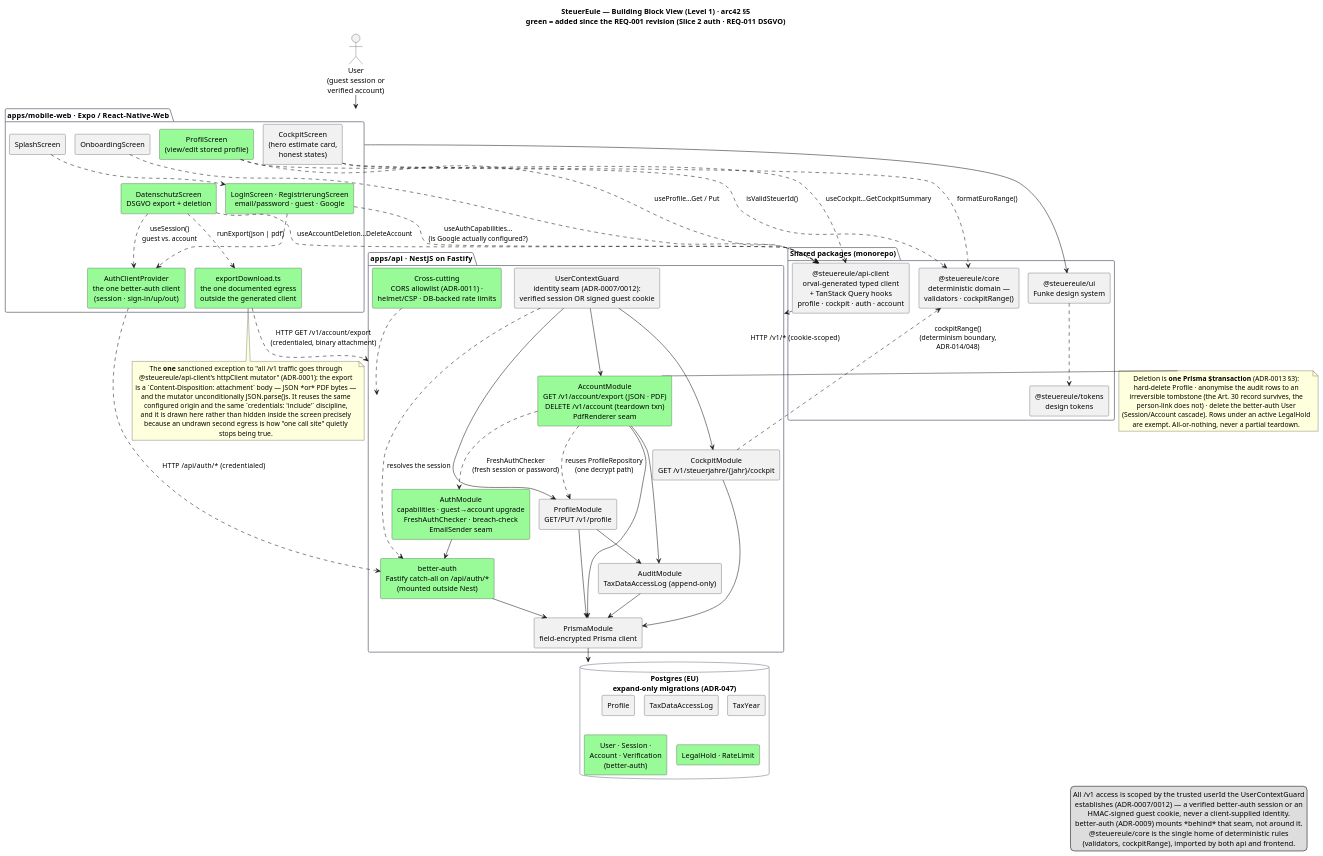
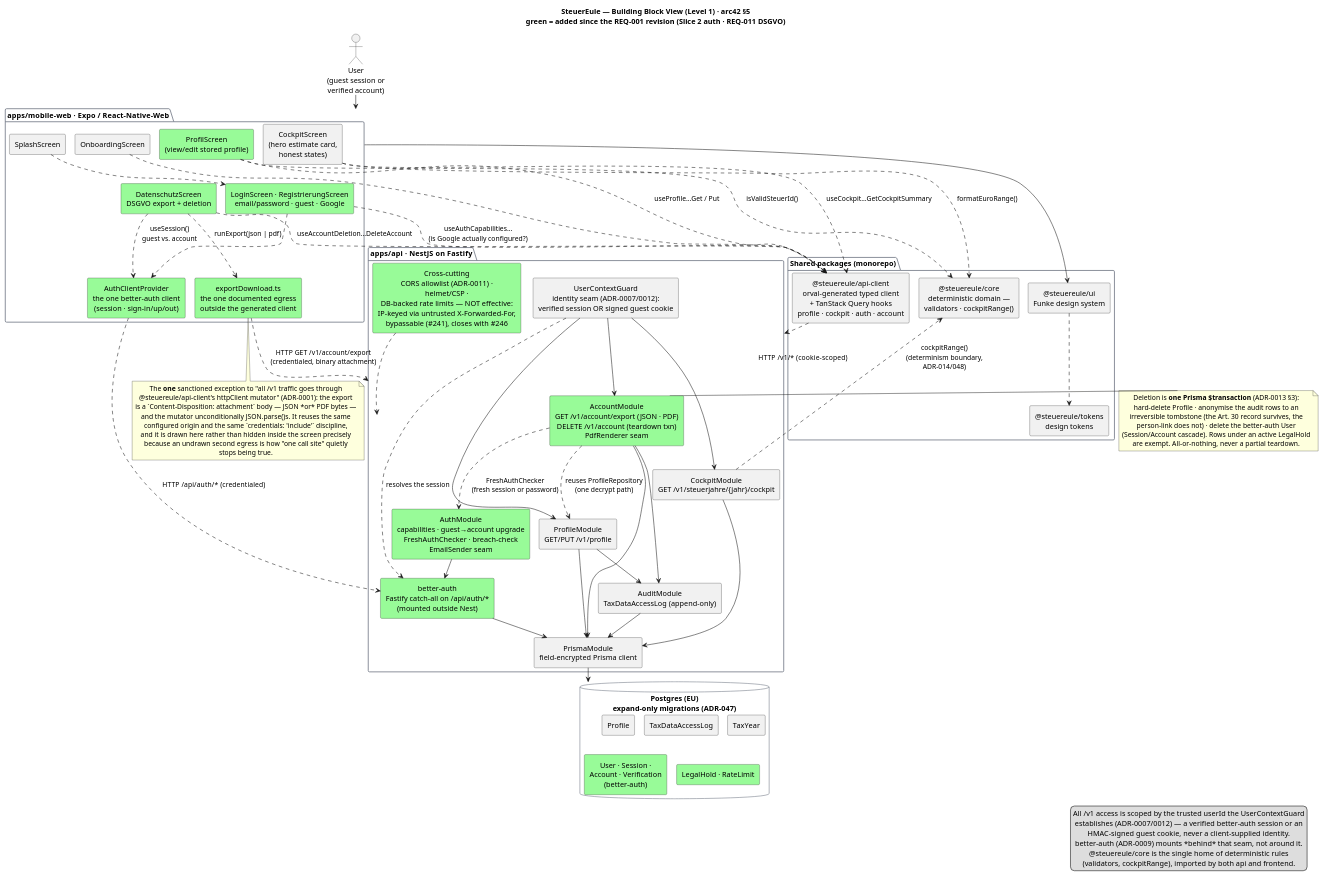
One commit to NexusHero/Steuereule changed the diagram in docs/arc42/building-block-view.puml. Above: the diagram before and after it, drawn with PlantUML. The commit also changed 3 other files, not shown here.

First line of the commit message:
docs(adr,arc42): qualify the rate-limiting claim — storage, not effectiveness (#241/#246)

```diff
--- a/docs/arc42/building-block-view.puml
+++ b/docs/arc42/building-block-view.puml
@@ -1,125 +1,125 @@
 @startuml building-block-view
 ' Rendered with PlantUML's built-in Smetana layout (pure Java) so the SVG export
 ' needs no external Graphviz/dot install — reproducible in CI and on any machine.
 !pragma layout smetana
 ' arc42 §5 — Building Block View (Level 1 whitebox) of the SteuerEule system.
 ' Source of record for the diagram; export to building-block-view.svg (see README).
 ' Highlighted (green) = building blocks added since this view's previous revision
 ' (REQ-001, the Cockpit vertical): Slice 2's auth stack (REQ-005/006/008/009/010,
 ' ADR-0009/0012) and REQ-011's DSGVO export/deletion (ADR-0013).
 ' Keep this in step with the code — a stale arc42 is treated as a failing test.
 skinparam componentStyle rectangle
 skinparam defaultTextAlignment center
 skinparam shadowing false
 skinparam rectangleBorderColor #6b7280
 skinparam packageBorderColor #6b7280
 
 title SteuerEule — Building Block View (Level 1) · arc42 §5\ngreen = added since the REQ-001 revision (Slice 2 auth · REQ-011 DSGVO)
 
 actor "User\n(guest session or\nverified account)" as user
 
 package "apps/mobile-web  ·  Expo / React-Native-Web" as fe {
   component "SplashScreen" as splash
   component "LoginScreen · RegistrierungScreen\nemail/password · guest · Google" as login #palegreen
   component "OnboardingScreen" as onb
   component "CockpitScreen\n(hero estimate card,\nhonest states)" as cockpitScreen
   component "ProfilScreen\n(view/edit stored profile)" as profilScreen #palegreen
   component "DatenschutzScreen\nDSGVO export + deletion" as datenschutzScreen #palegreen
   component "AuthClientProvider\nthe one better-auth client\n(session · sign-in/up/out)" as authClient #palegreen
   component "exportDownload.ts\nthe one documented egress\noutside the generated client" as exportDl #palegreen
 }
 
 package "Shared packages (monorepo)" as pkgs {
   component "@steuereule/core\ndeterministic domain —\nvalidators · cockpitRange()" as core
   component "@steuereule/api-client\norval-generated typed client\n+ TanStack Query hooks\nprofile · cockpit · auth · account" as apiclient
   component "@steuereule/ui\nFunke design system" as ui
   component "@steuereule/tokens\ndesign tokens" as tokens
 }
 
 package "apps/api  ·  NestJS on Fastify" as api {
   component "better-auth\nFastify catch-all on /api/auth/*\n(mounted outside Nest)" as betterauth #palegreen
   component "UserContextGuard\nidentity seam (ADR-0007/0012):\nverified session OR signed guest cookie" as guard
   component "AuthModule\ncapabilities · guest→account upgrade\nFreshAuthChecker · breach-check\nEmailSender seam" as authMod #palegreen
   component "ProfileModule\nGET/PUT /v1/profile" as profile
   component "CockpitModule\nGET /v1/steuerjahre/{jahr}/cockpit" as cockpitMod
   component "AccountModule\nGET /v1/account/export (JSON · PDF)\nDELETE /v1/account (teardown txn)\nPdfRenderer seam" as accountMod #palegreen
   component "AuditModule\nTaxDataAccessLog (append-only)" as audit
   component "PrismaModule\nfield-encrypted Prisma client" as prisma
-  component "Cross-cutting\nCORS allowlist (ADR-0011) ·\nhelmet/CSP · DB-backed rate limits" as crosscut #palegreen
+  component "Cross-cutting\nCORS allowlist (ADR-0011) ·\nhelmet/CSP ·\nDB-backed rate limits — NOT effective:\nIP-keyed via untrusted X-Forwarded-For,\nbypassable (#241), closes with #246" as crosscut #palegreen
 }
 
 database "Postgres (EU)\nexpand-only migrations (ADR-047)" as db {
   component "Profile" as tProfile
   component "TaxDataAccessLog" as tAudit
   component "TaxYear" as tTaxYear
   component "User · Session ·\nAccount · Verification\n(better-auth)" as tAuth #palegreen
   component "LegalHold · RateLimit" as tHold #palegreen
 }
 
 user --> fe
 splash ..> login
 login ..> authClient
 login ..> apiclient : useAuthCapabilities…\n(is Google actually configured?)
 onb ..> apiclient
 cockpitScreen ..> apiclient : useCockpit…GetCockpitSummary
 cockpitScreen ..> core : formatEuroRange()
 profilScreen ..> apiclient : useProfile…Get / Put
 profilScreen ..> core : isValidSteuerId()
 datenschutzScreen ..> apiclient : useAccountDeletion…DeleteAccount
 datenschutzScreen ..> authClient : useSession()\nguest vs. account
 datenschutzScreen ..> exportDl : runExport(json | pdf)
 fe --> ui
 ui ..> tokens
 
 authClient ..> betterauth : HTTP  /api/auth/*  (credentialed)
 apiclient ..> api : HTTP  /v1/*  (cookie-scoped)
 exportDl ..> api : HTTP  GET /v1/account/export\n(credentialed, binary attachment)
 
 betterauth --> prisma
 guard ..> betterauth : resolves the session
 guard --> profile
 guard --> cockpitMod
 guard --> accountMod
 authMod --> betterauth
 profile --> prisma
 profile --> audit
 cockpitMod ..> core : cockpitRange()\n(determinism boundary,\nADR-014/048)
 cockpitMod --> prisma
 accountMod ..> profile : reuses ProfileRepository\n(one decrypt path)
 accountMod --> audit
 accountMod ..> authMod : FreshAuthChecker\n(fresh session or password)
 accountMod --> prisma
 audit --> prisma
 prisma --> db
 crosscut ..> api
 
 note bottom of exportDl
   The **one** sanctioned exception to "all /v1 traffic goes through
   @steuereule/api-client's httpClient mutator" (ADR-0001): the export
   is a `Content-Disposition: attachment` body — JSON *or* PDF bytes —
   and the mutator unconditionally JSON.parse()s. It reuses the same
   configured origin and the same `credentials: 'include'` discipline,
   and it is drawn here rather than hidden inside the screen precisely
   because an undrawn second egress is how "one call site" quietly
   stops being true.
 end note
 
 note right of accountMod
   Deletion is **one Prisma $transaction** (ADR-0013 §3):
   hard-delete Profile · anonymise the audit rows to an
   irreversible tombstone (the Art. 30 record survives, the
   person-link does not) · delete the better-auth User
   (Session/Account cascade). Rows under an active LegalHold
   are exempt. All-or-nothing, never a partial teardown.
 end note
 
 legend right
   All /v1 access is scoped by the trusted userId the UserContextGuard
   establishes (ADR-0007/0012) — a verified better-auth session or an
   HMAC-signed guest cookie, never a client-supplied identity.
   better-auth (ADR-0009) mounts *behind* that seam, not around it.
   @steuereule/core is the single home of deterministic rules
   (validators, cockpitRange), imported by both api and frontend.
 endlegend
 
 @enduml
```
